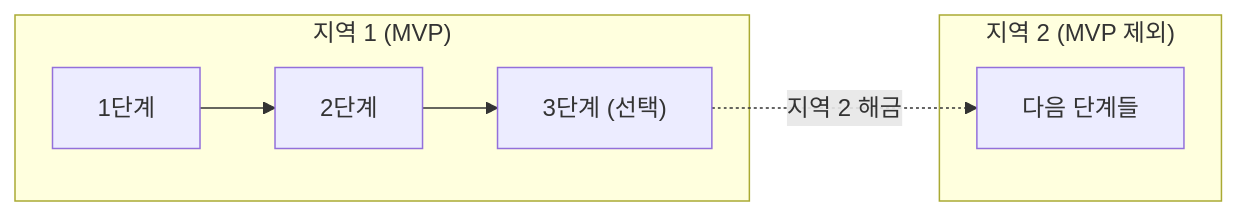
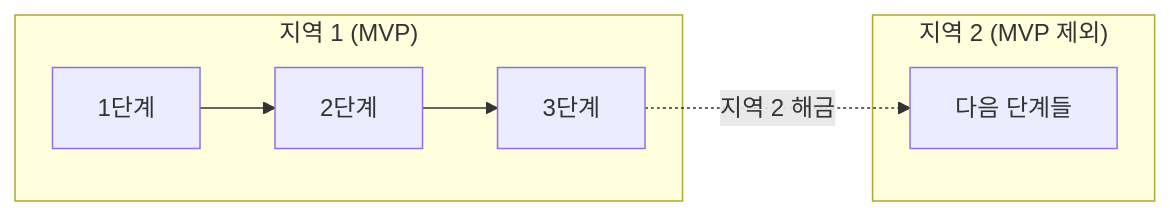
Before and after one commit to Jin-wuk/100-Bag-Back-Public: the diagram in Docs/Architecture/10_Crafting_TechTree_Design.md, drawn with Mermaid. The commit also changed other lines of this file, not shown here.

````diff
--- a/Docs/Architecture/10_Crafting_TechTree_Design.md
+++ b/Docs/Architecture/10_Crafting_TechTree_Design.md
@@ -30,10 +32,10 @@
 ```mermaid
 flowchart LR
     subgraph R1["지역 1 (MVP)"]
-        T1["1단계"] --> T2["2단계"] --> T3["3단계 (선택)"]
+        T1["1단계"] --> T2["2단계"] --> T3["3단계"]
     end
     subgraph R2["지역 2 (MVP 제외)"]
         T4["다음 단계들"]
     end
     T3 -.지역 2 해금.-> T4
 ```
````
